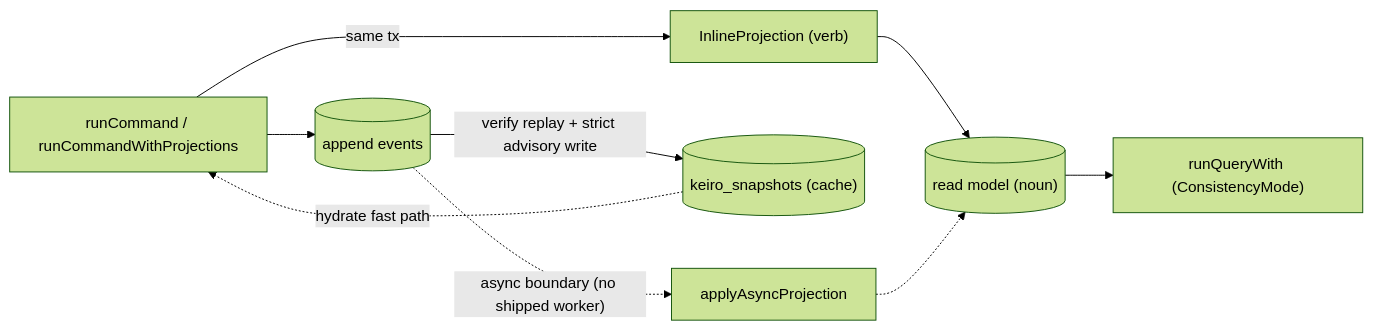
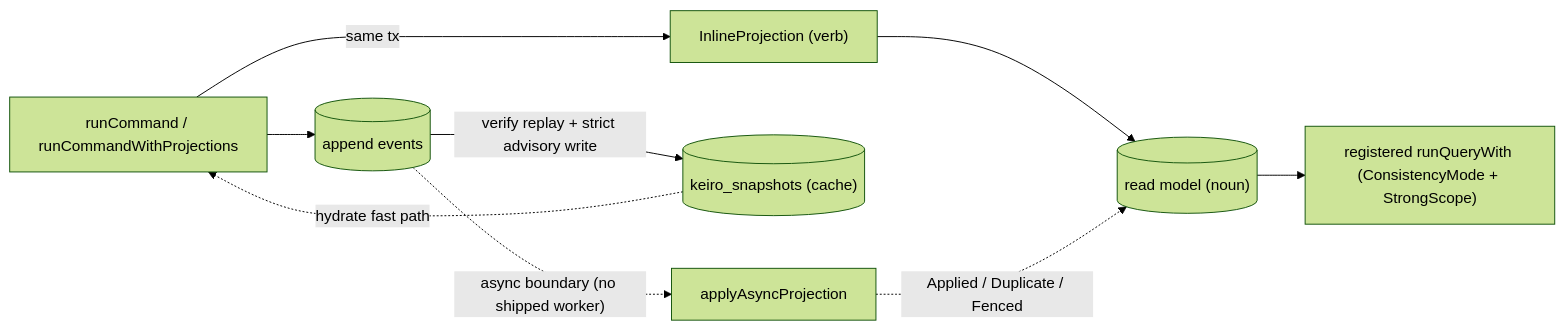
The diagram in content/docs/keiro/walkthrough/read-side/00-start-here.mdx (shinzui/keiro-runtime-docs), drawn with Mermaid (forest theme) before and after one commit. The commit also changed other lines of this file and 13 other files, not shown here.

````diff
--- a/content/docs/keiro/walkthrough/read-side/00-start-here.mdx
+++ b/content/docs/keiro/walkthrough/read-side/00-start-here.mdx
@@ -48,11 +48,11 @@
 ```mermaid
 flowchart LR
   Cmd["runCommand / runCommandWithProjections"] --> Append[("append events")]
   Cmd -- "same tx" --> Inline["InlineProjection (verb)"]
   Inline --> RM[("read model (noun)")]
   Append -- "verify replay + strict advisory write" --> Snap[("keiro_snapshots (cache)")]
   Snap -. "hydrate fast path" .-> Cmd
-  RM --> Query["runQueryWith (ConsistencyMode)"]
+  RM --> Query["registered runQueryWith (ConsistencyMode + StrongScope)"]
   Append -. "async boundary (no shipped worker)" .-> Async["applyAsyncProjection"]
-  Async -.-> RM
+  Async -. "Applied / Duplicate / Fenced" .-> RM
 ```
````
